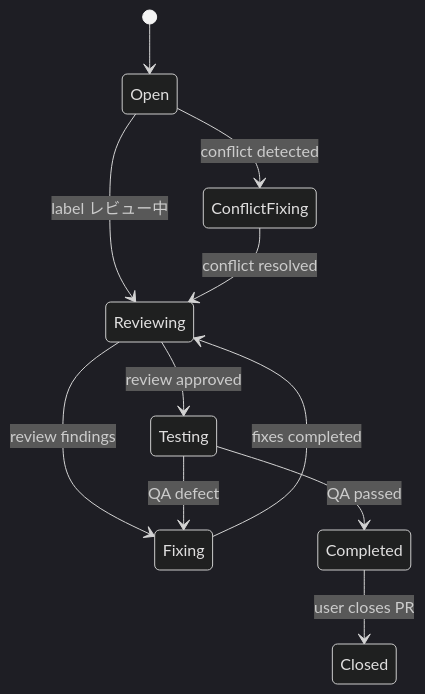
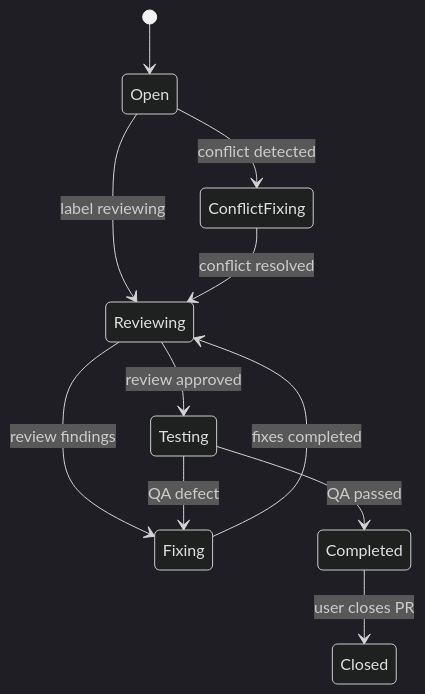
One commit to pluswing/oneteam changed the third of 4 diagrams in docs/04-agent-job-state-machine.md. Above: the diagram before and after it, drawn with Mermaid (dark theme). The commit also changed other lines of this file and 24 other files, not shown here.

````diff
--- a/docs/04-agent-job-state-machine.md
+++ b/docs/04-agent-job-state-machine.md
@@ -89,13 +89,13 @@
 ```mermaid
 stateDiagram-v2
   [*] --> Open
-  Open --> Reviewing: label レビュー中
+  Open --> Reviewing: label reviewing
   Reviewing --> Fixing: review findings
   Fixing --> Reviewing: fixes completed
   Reviewing --> Testing: review approved
   Testing --> Fixing: QA defect
   Testing --> Completed: QA passed
   Open --> ConflictFixing: conflict detected
   ConflictFixing --> Reviewing: conflict resolved
   Completed --> Closed: user closes PR
 ```
````
